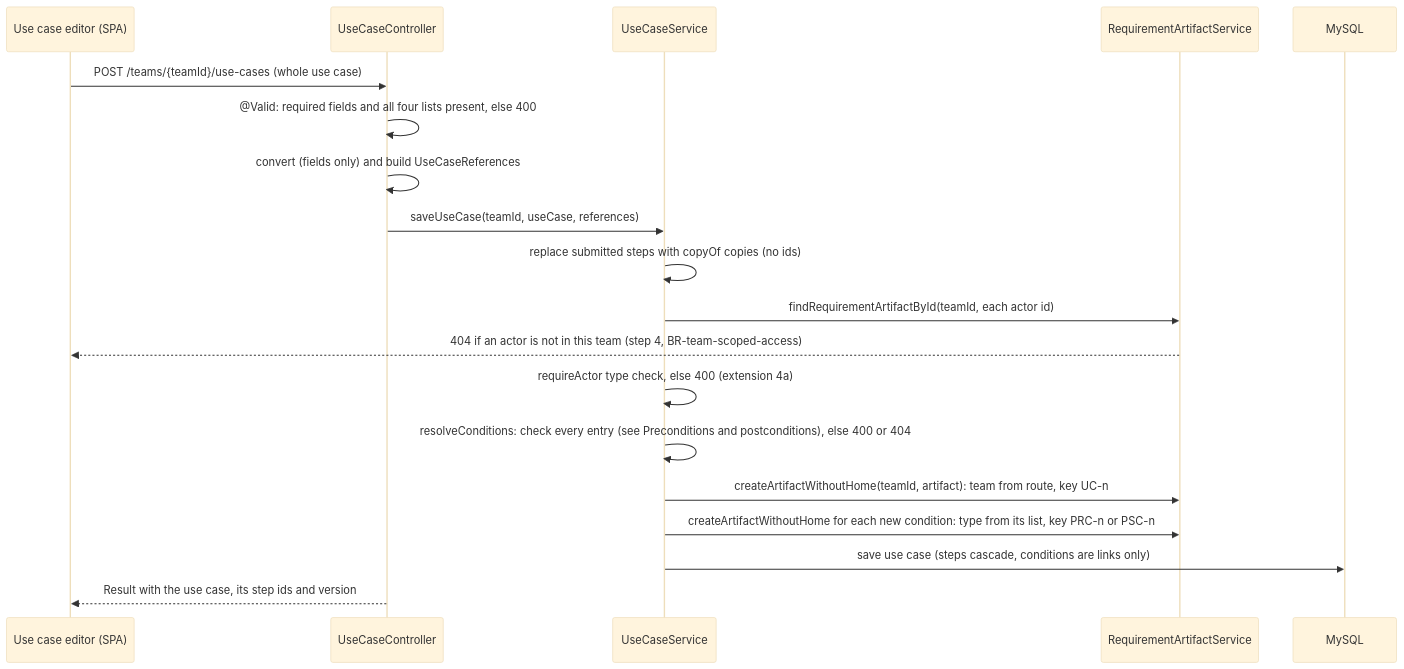
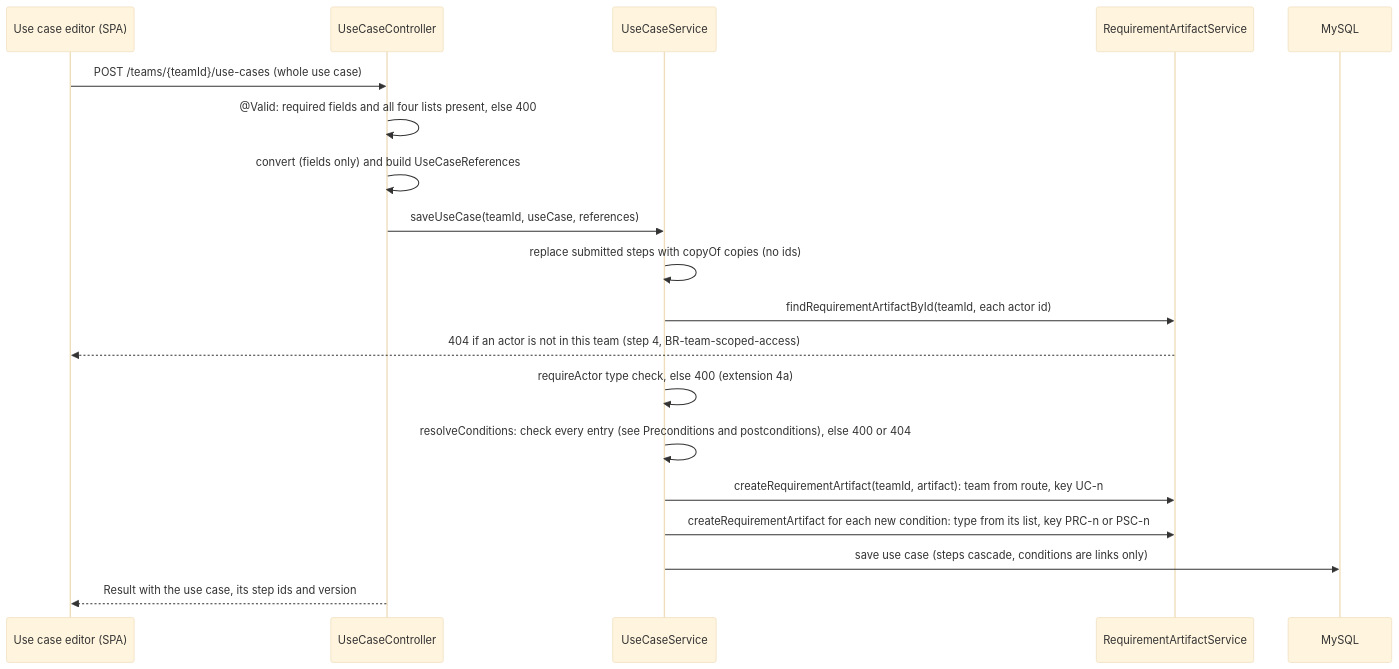
One commit to Washingtonwei/project-pulse changed the second of 8 diagrams in docs/design/doc.md. Above: the diagram before and after it, drawn with Mermaid (base theme). The commit also changed other lines of this file and 15 other files, not shown here.

First line of the commit message:
Make createRequirementArtifact the only way to create an artifact (OI-73)

````diff
--- a/docs/design/doc.md
+++ b/docs/design/doc.md
@@ -146,21 +146,21 @@
 ```mermaid
 sequenceDiagram
     participant E as Use case editor (SPA)
     participant C as UseCaseController
     participant S as UseCaseService
     participant R as RequirementArtifactService
     participant DB as MySQL
     E->>C: POST /teams/{teamId}/use-cases (whole use case)
     C->>C: @Valid: required fields and all four lists present, else 400
     C->>C: convert (fields only) and build UseCaseReferences
     C->>S: saveUseCase(teamId, useCase, references)
     S->>S: replace submitted steps with copyOf copies (no ids)
     S->>R: findRequirementArtifactById(teamId, each actor id)
     R-->>E: 404 if an actor is not in this team (step 4, BR-team-scoped-access)
     S->>S: requireActor type check, else 400 (extension 4a)
     S->>S: resolveConditions: check every entry (see Preconditions and postconditions), else 400 or 404
-    S->>R: createArtifactWithoutHome(teamId, artifact): team from route, key UC-n
-    S->>R: createArtifactWithoutHome for each new condition: type from its list, key PRC-n or PSC-n
+    S->>R: createRequirementArtifact(teamId, artifact): team from route, key UC-n
+    S->>R: createRequirementArtifact for each new condition: type from its list, key PRC-n or PSC-n
     S->>DB: save use case (steps cascade, conditions are links only)
     C-->>E: Result with the use case, its step ids and version
 ```
````
